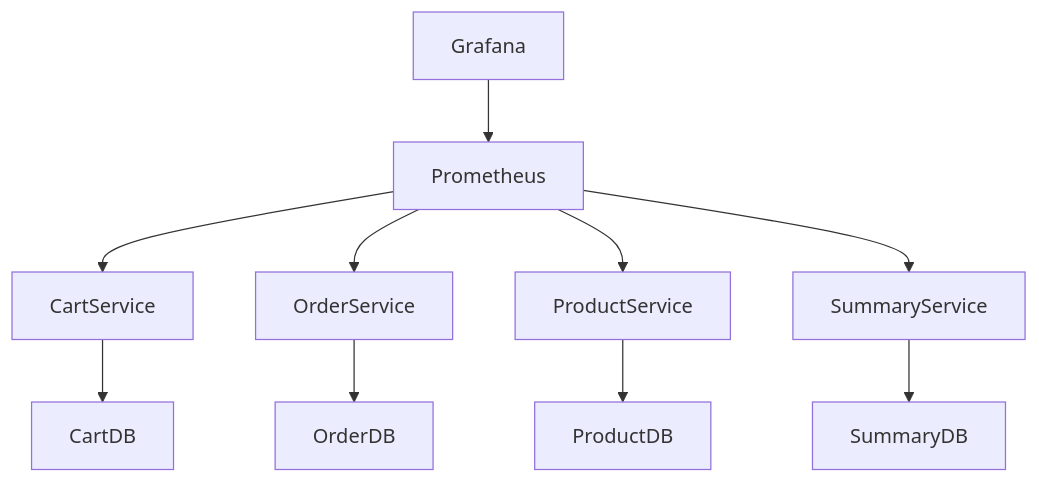
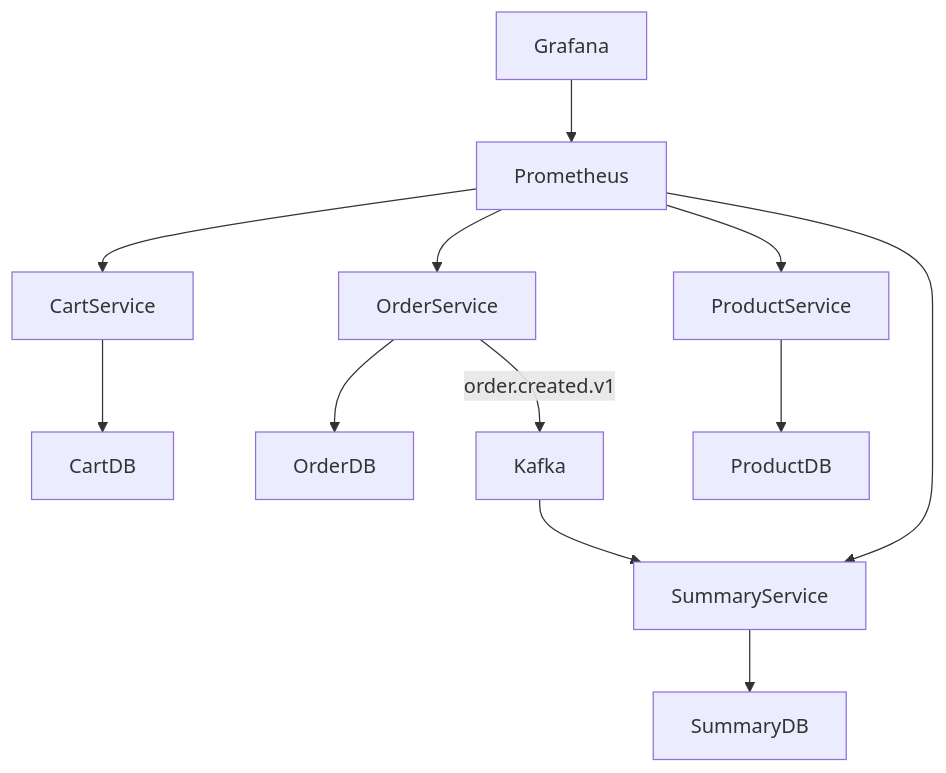
Before and after one commit to tukue/grocery-microservices: the diagram in microservices/README.md, drawn with Mermaid. The commit also changed other lines of this file and 13 other files, not shown here.

````diff
--- a/microservices/README.md
+++ b/microservices/README.md
@@ -131,12 +134,14 @@
 ```mermaid
 graph TD
   CartService --> CartDB
   OrderService --> OrderDB
   ProductService --> ProductDB
   SummaryService --> SummaryDB
+  OrderService -->|order.created.v1| Kafka
+  Kafka --> SummaryService
   Prometheus --> CartService
   Prometheus --> OrderService
   Prometheus --> ProductService
   Prometheus --> SummaryService
   Grafana --> Prometheus
 ```
````
